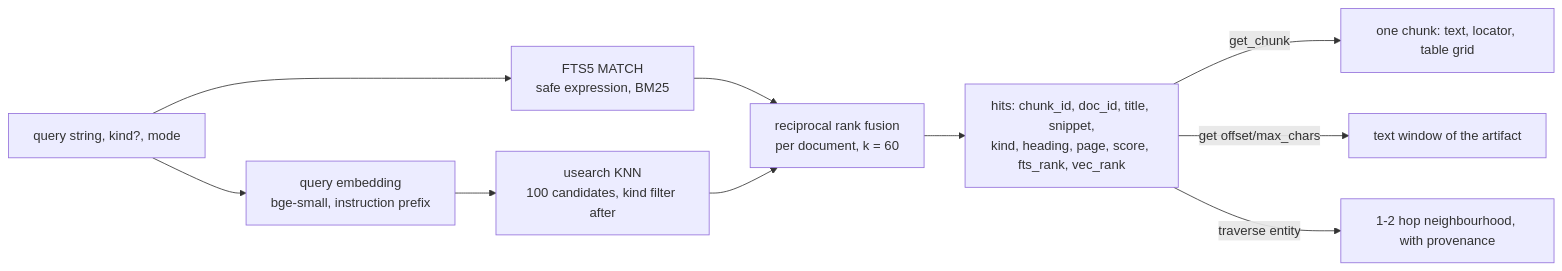
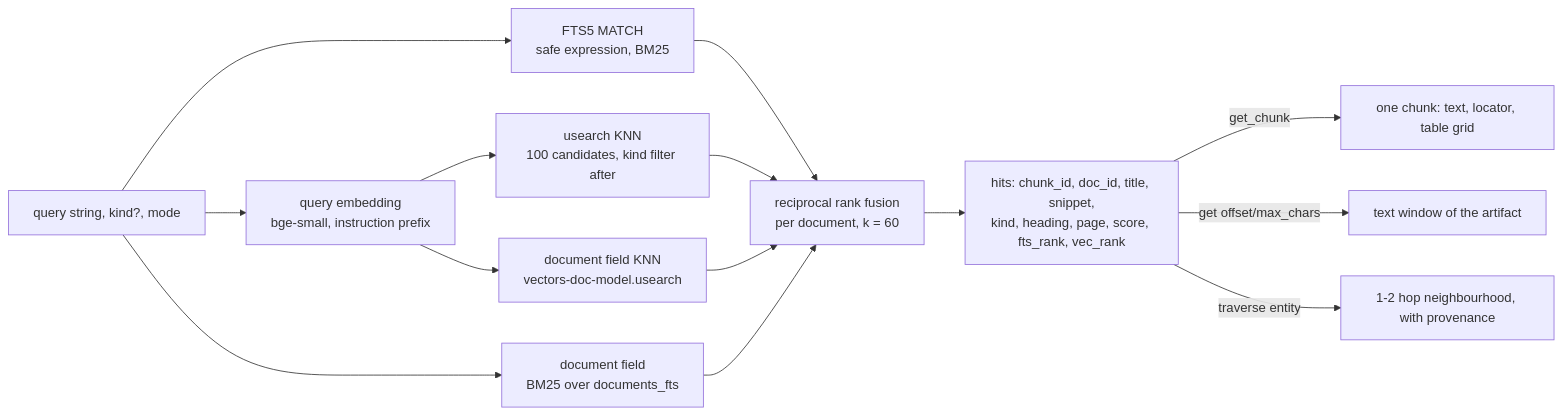
One commit to lodsb/prax changed the third of 3 diagrams in docs/architecture.md. Above: the diagram before and after it, drawn with Mermaid. The commit also changed other lines of this file and 14 other files, not shown here.

First line of the commit message:
feat: document-level retrieval field fused into search; doctype filter

````diff
--- a/docs/architecture.md
+++ b/docs/architecture.md
@@ -125,11 +125,15 @@
 ```mermaid
 flowchart LR
   Q[query string, kind?, mode] --> FTS[FTS5 MATCH<br/>safe expression, BM25]
   Q --> QE[query embedding<br/>bge-small, instruction prefix] --> KNN[usearch KNN<br/>100 candidates, kind filter after]
+  Q --> DF[document field<br/>BM25 over documents_fts]
+  QE --> DK[document field KNN<br/>vectors-doc-model.usearch]
   FTS --> RRF[reciprocal rank fusion<br/>per document, k = 60]
   KNN --> RRF
+  DF --> RRF
+  DK --> RRF
   RRF --> H[hits: chunk_id, doc_id, title, snippet,<br/>kind, heading, page, score, fts_rank, vec_rank]
   H -->|get_chunk| C[one chunk: text, locator, table grid]
   H -->|get offset/max_chars| T[text window of the artifact]
   H -->|traverse entity| G[1-2 hop neighbourhood, with provenance]
 ```
````
